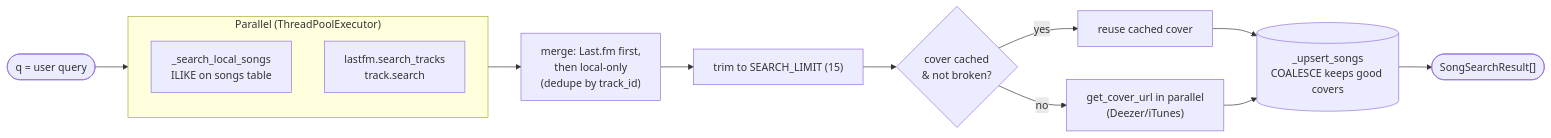
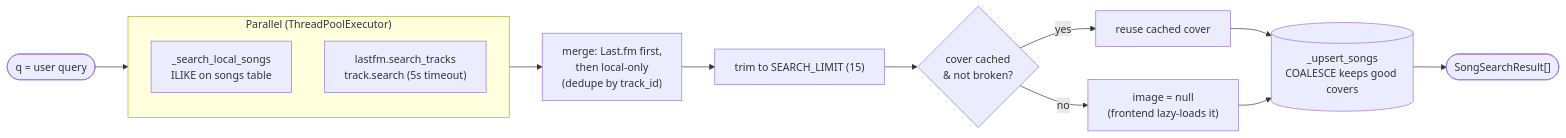
One commit to pedro-boudoux/pyo changed the fifth of 14 diagrams in ARCHITECTURE.md. Above: the diagram before and after it, drawn with Mermaid. The commit also changed other lines of this file and 10 other files, not shown here.

First line of the commit message:
Load album covers lazily after song search

````diff
--- a/ARCHITECTURE.md
+++ b/ARCHITECTURE.md
@@ -234,18 +238,18 @@
 ```mermaid
 flowchart LR
     q(["q = user query"]) --> par
 
     subgraph par["Parallel (ThreadPoolExecutor)"]
         local["_search_local_songs<br/>ILIKE on songs table"]
-        lfm["lastfm.search_tracks<br/>track.search"]
+        lfm["lastfm.search_tracks<br/>track.search (5s timeout)"]
     end
 
     par --> merge["merge: Last.fm first,<br/>then local-only<br/>(dedupe by track_id)"]
     merge --> trim["trim to SEARCH_LIMIT (15)"]
     trim --> covercheck{"cover cached<br/>& not broken?"}
     covercheck -->|yes| usecached["reuse cached cover"]
-    covercheck -->|no| fetchcover["get_cover_url in parallel<br/>(Deezer/iTunes)"]
+    covercheck -->|no| nullimg["image = null<br/>(frontend lazy-loads it)"]
     usecached --> upsert
-    fetchcover --> upsert[("_upsert_songs<br/>COALESCE keeps good covers")]
+    nullimg --> upsert[("_upsert_songs<br/>COALESCE keeps good covers")]
     upsert --> resp(["SongSearchResult[]"])
 ```
````
